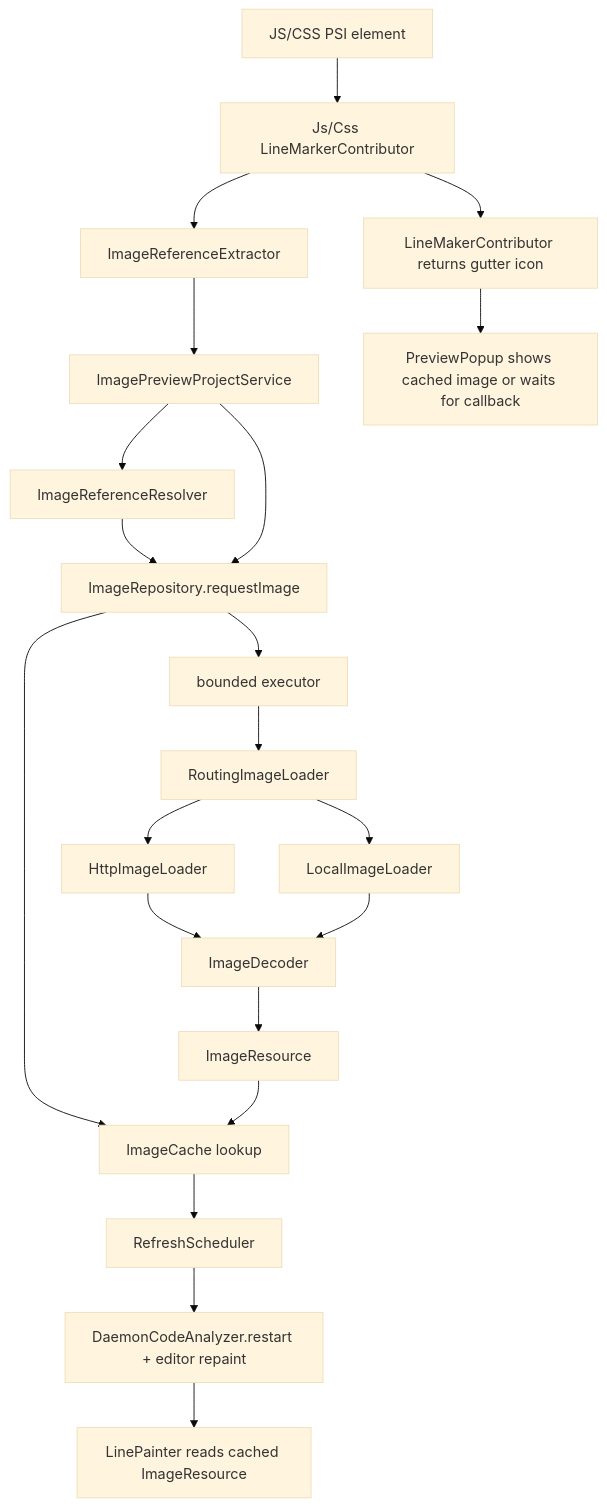
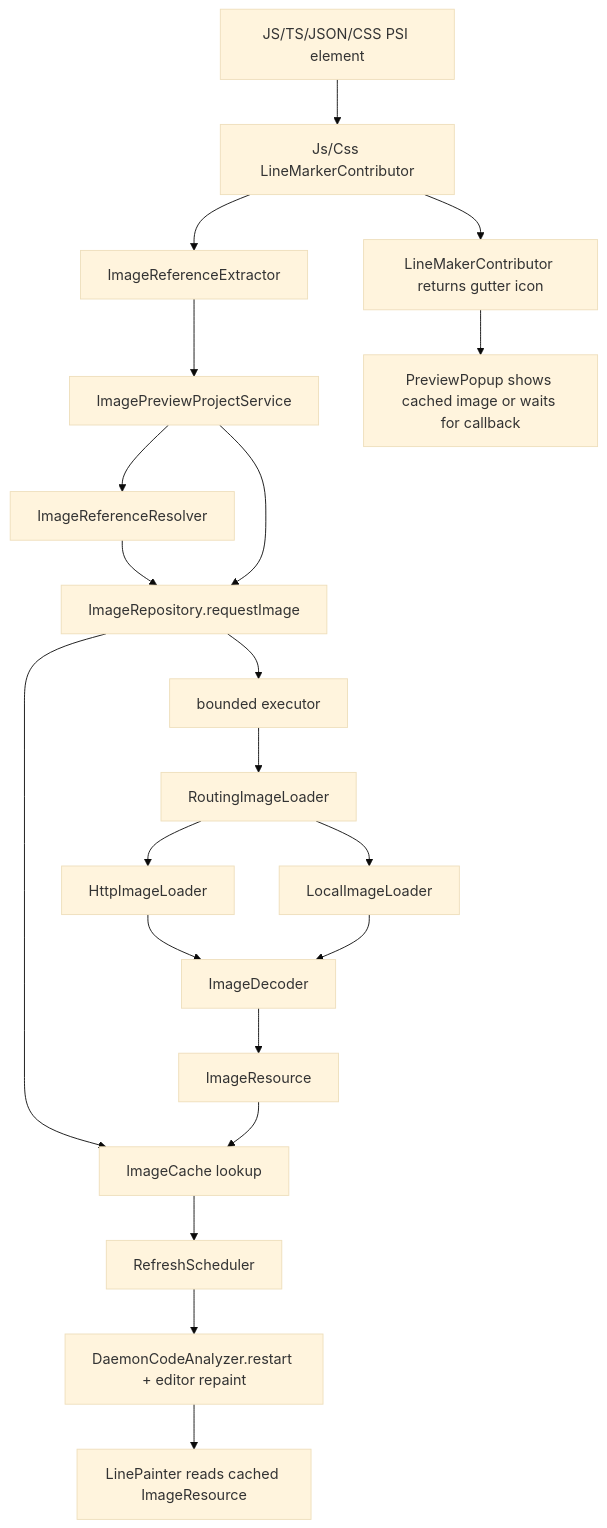
One commit to gllxl/image-preview changed the diagram in docs/TECHNICAL_SOLUTION.md. Above: the diagram before and after it, drawn with Mermaid (base theme). The commit also changed other lines of this file and 25 other files, not shown here.

````diff
--- a/docs/TECHNICAL_SOLUTION.md
+++ b/docs/TECHNICAL_SOLUTION.md
@@ -80,23 +80,23 @@
 ```mermaid
 flowchart TD
-  A["JS/CSS PSI element"] --> B["Js/Css LineMarkerContributor"]
+A["JS/TS/JSON/CSS PSI element"] --> B["Js/Css LineMarkerContributor"]
   B --> C["ImageReferenceExtractor"]
   C --> D["ImagePreviewProjectService"]
   D --> E["ImageReferenceResolver"]
   E --> F["ImageReferenceStore: VirtualFile + line -> resolved source"]
   D --> F["ImageRepository.requestImage"]
   F --> G["ImageCache lookup"]
   F --> H["bounded executor"]
   H --> I["RoutingImageLoader"]
   I --> I1["HttpImageLoader"]
   I --> I2["LocalImageLoader"]
   I1 --> J["ImageDecoder"]
   I2 --> J
   J --> K["ImageResource"]
   K --> G
   G --> L["RefreshScheduler"]
   L --> M["DaemonCodeAnalyzer.restart + editor repaint"]
   M --> N["LinePainter reads cached ImageResource"]
   B --> O["LineMakerContributor returns gutter icon"]
   O --> P["PreviewPopup shows cached image or waits for callback"]
 ```
````
